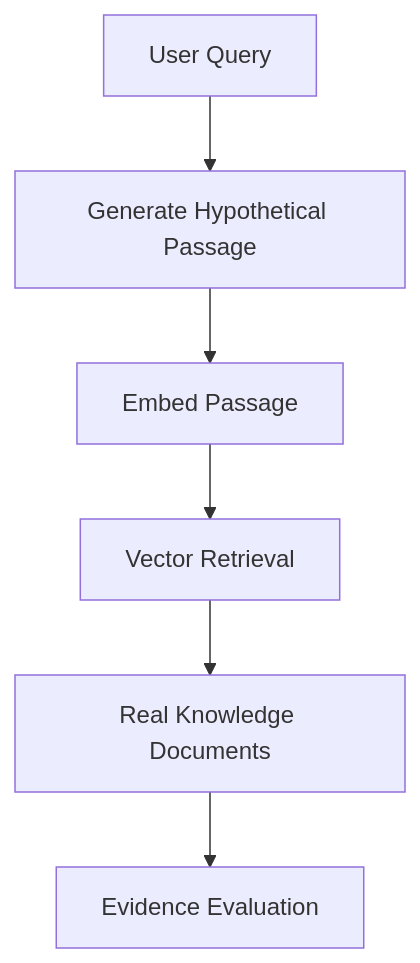
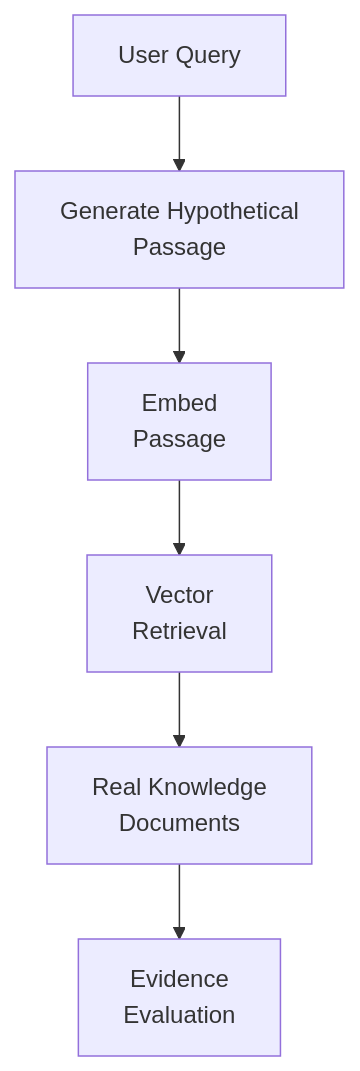
One commit to MihirKJha/enterprise-ai-blog changed the second of 3 diagrams in docs/architecture-insights/genai-and-rag/3.9_engineering_query_to_knowledge_alignment.md. Above: the diagram before and after it, drawn with Mermaid. The commit also changed other lines of this file, not shown here.

Commit message:
Updated notes 3.9
Updated notes 3.9

````diff
--- a/docs/architecture-insights/genai-and-rag/3.9_engineering_query_to_knowledge_alignment.md
+++ b/docs/architecture-insights/genai-and-rag/3.9_engineering_query_to_knowledge_alignment.md
@@ -147,8 +147,8 @@
 ```mermaid
 flowchart TD
-    A[User Query] --> B[Generate Hypothetical Passage]
-    B --> C[Embed Passage]
-    C --> D[Vector Retrieval]
-    D --> E[Real Knowledge Documents]
-    E --> F[Evidence Evaluation]
+    A[User Query] --> B[Generate Hypothetical<br/>Passage]
+    B --> C[Embed<br/>Passage]
+    C --> D[Vector<br/>Retrieval]
+    D --> E[Real Knowledge<br/>Documents]
+    E --> F[Evidence<br/>Evaluation]
 ```
````
